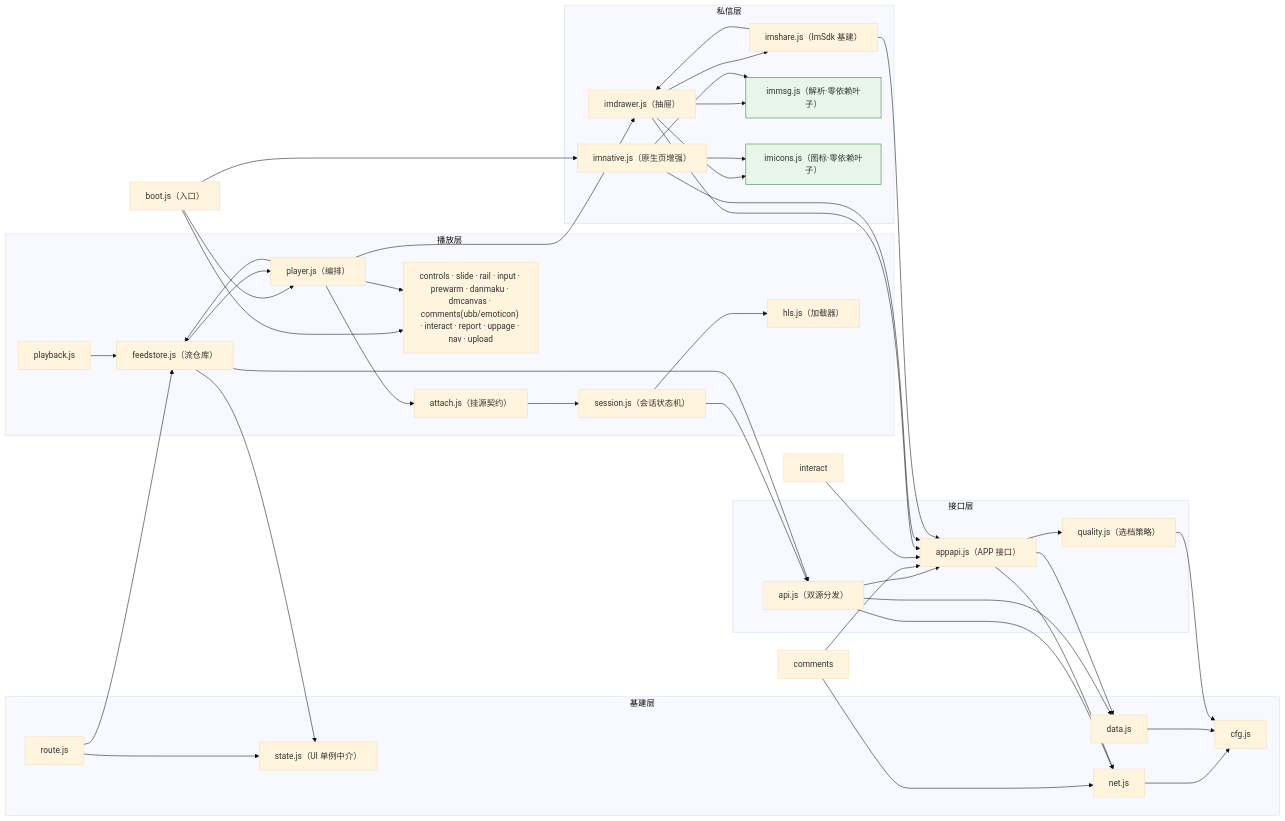
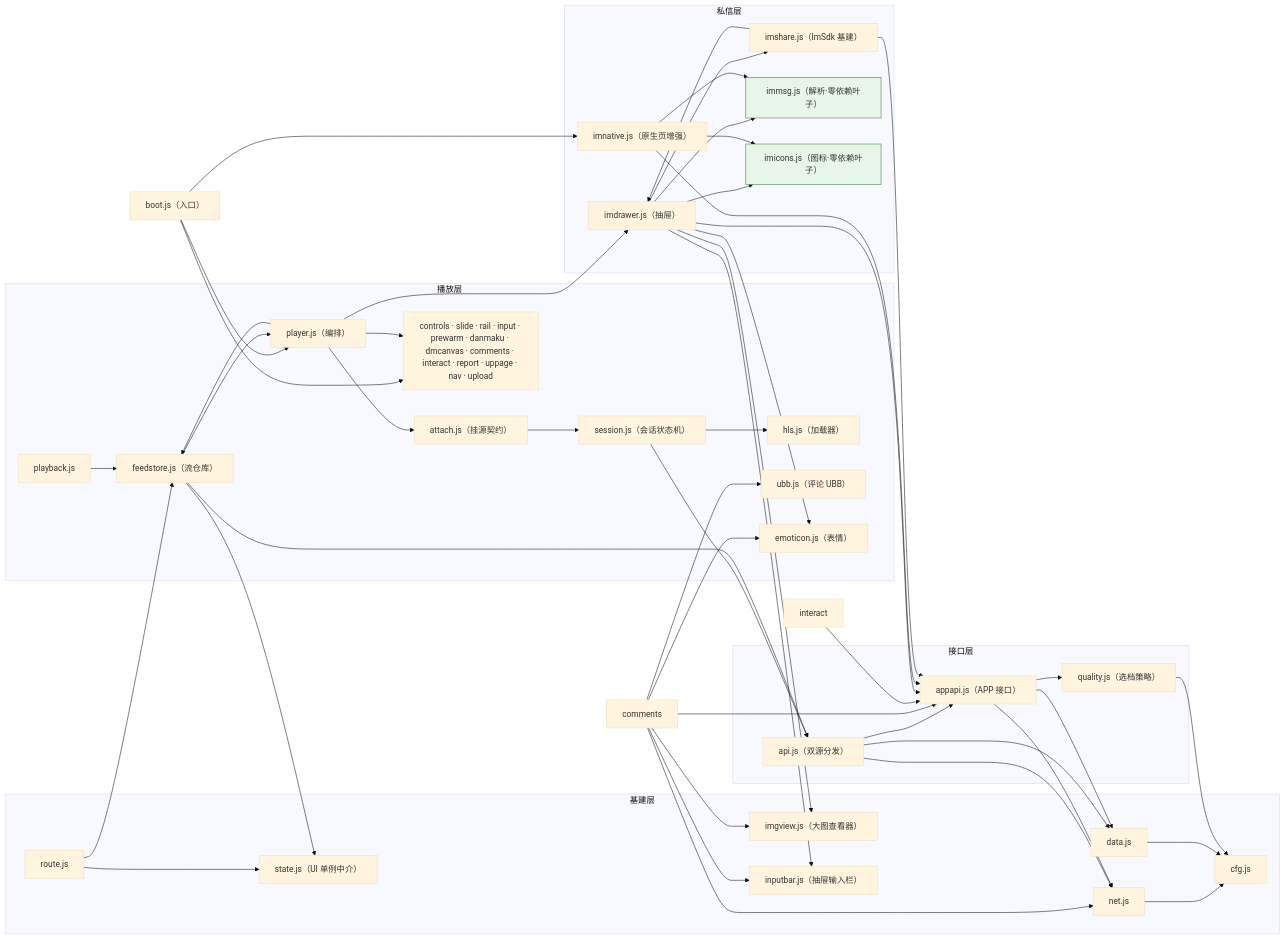
One commit to name-xxl/acfun-svfeed changed the diagram in README.md. Above: the diagram before and after it, drawn with Mermaid (base theme). The commit also changed other lines of this file and 22 other files, not shown here.

First line of the commit message:
0.9.43：私信引用/表情/图片全链路（0.9.39-43）+ 评论配图修复 + 输入栏/大图查看器抽离

````diff
--- a/README.md
+++ b/README.md
@@ -783,59 +909,63 @@
 ```mermaid
 flowchart LR
   subgraph base["基建层"]
     cfg["cfg.js"]
     net["net.js"]
     data["data.js"]
     state["state.js（UI 单例中介）"]
     route["route.js"]
+    imgview["imgview.js（大图查看器）"]
+    inputbar["inputbar.js（抽屉输入栏）"]
   end
 
   subgraph apilayer["接口层"]
     api["api.js（双源分发）"]
     appapi["appapi.js（APP 接口）"]
     quality["quality.js（选档策略）"]
   end
 
   subgraph play["播放层"]
     hls["hls.js（加载器）"]
     session["session.js（会话状态机）"]
     attach["attach.js（挂源契约）"]
     player["player.js（编排）"]
     feedstore["feedstore.js（流仓库）"]
     pb["playback.js"]
-    others["controls · slide · rail · input · prewarm · danmaku · dmcanvas · comments(ubb/emoticon) · interact · report · uppage · nav · upload"]
+    ubb["ubb.js（评论 UBB）"]
+    emoticon["emoticon.js（表情）"]
+    others["controls · slide · rail · input · prewarm · danmaku · dmcanvas · comments · interact · report · uppage · nav · upload"]
   end
 
   subgraph im["私信层"]
     imshare["imshare.js（ImSdk 基建）"]
     imdrawer["imdrawer.js（抽屉）"]
     imnative["imnative.js（原生页增强）"]
     immsg["immsg.js（解析·零依赖叶子）"]
     imicons["imicons.js（图标·零依赖叶子）"]
   end
 
   boot["boot.js（入口）"]
 
   net --> cfg
   data --> cfg
   route --> state & feedstore
   quality --> cfg
 
   api --> net & data & appapi
   appapi --> net & data & quality
 
   boot --> player & others & imnative
   player --> attach & others & feedstore & imdrawer
   attach --> session
   session --> api & hls
   pb --> feedstore
   feedstore --> api & state & player
-  comments --> appapi & net
+  comments --> ubb & emoticon & inputbar & imgview & appapi & net
   interact --> appapi
-  imdrawer --> imshare & immsg & imicons & appapi
+  imdrawer --> imshare & immsg & imicons & appapi & emoticon & inputbar & imgview
   imnative --> immsg & imicons & appapi
   imshare --> appapi & imdrawer
 
   classDef leaf fill:#e8f5e9,stroke:#2e7d32;
   class immsg,imicons leaf;
 ```
````
